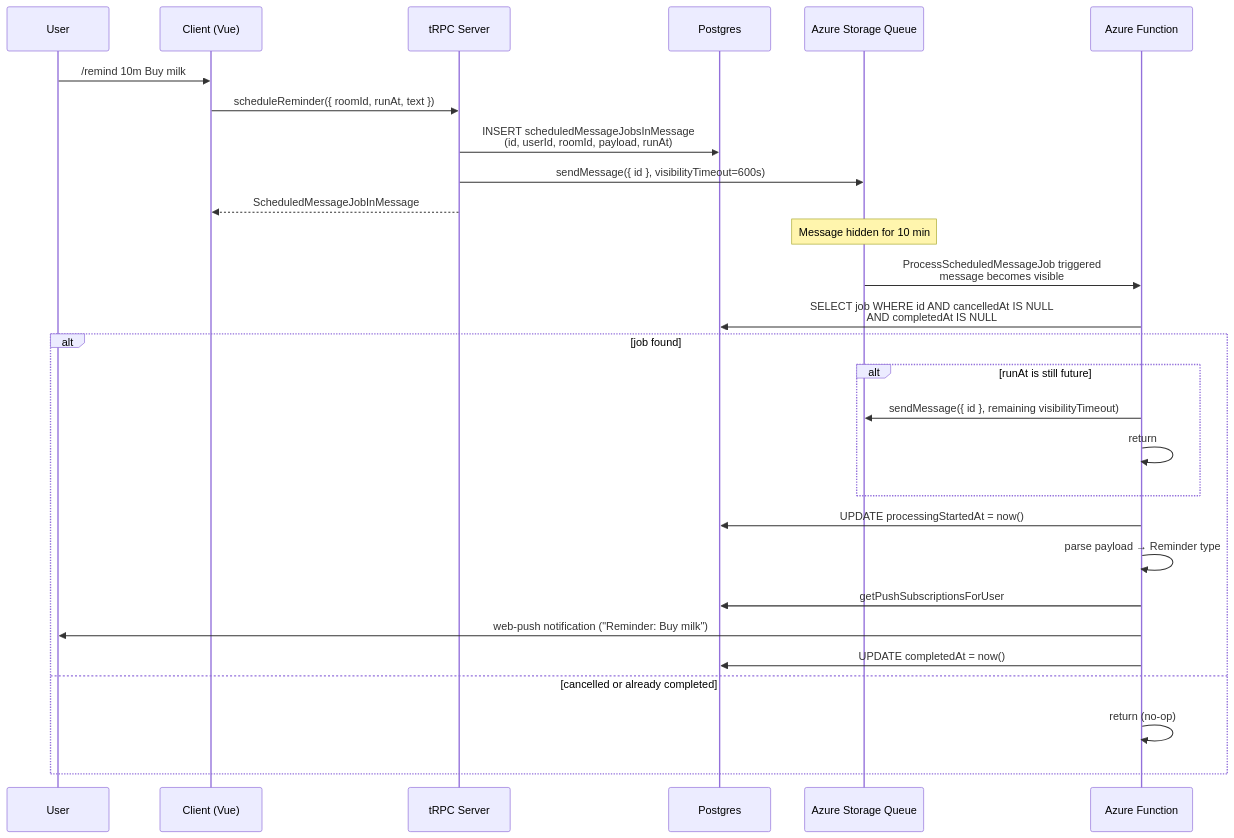
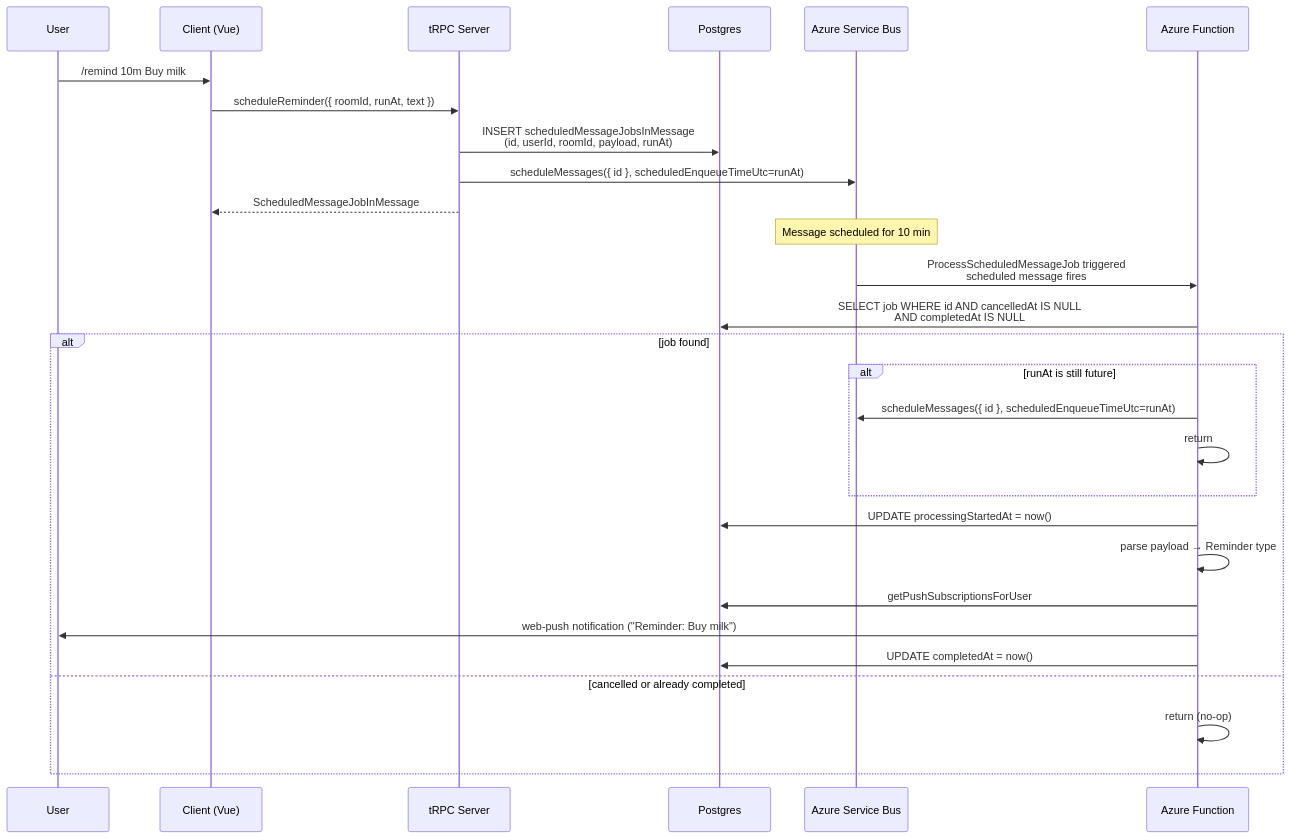
The first of 4 diagrams in features/esbabbler/specs/slash-commands.md (Esposter/Esposter), drawn with Mermaid before and after one commit. The commit also changed other lines of this file and 40 other files, not shown here.

Commit message:
feat: migrate to service bus

````diff
--- a/features/esbabbler/specs/slash-commands.md
+++ b/features/esbabbler/specs/slash-commands.md
@@ -139,33 +139,33 @@
 ```mermaid
 sequenceDiagram
     participant U as User
     participant C as Client (Vue)
     participant T as tRPC Server
     participant DB as Postgres
-    participant Q as Azure Storage Queue
+    participant Q as Azure Service Bus
     participant F as Azure Function
 
     U->>C: /remind 10m Buy milk
     C->>T: scheduleReminder({ roomId, runAt, text })
     T->>DB: INSERT scheduledMessageJobsInMessage<br/>(id, userId, roomId, payload, runAt)
-    T->>Q: sendMessage({ id }, visibilityTimeout=600s)
+    T->>Q: scheduleMessages({ id }, scheduledEnqueueTimeUtc=runAt)
     T-->>C: ScheduledMessageJobInMessage
 
-    note over Q: Message hidden for 10 min
+    note over Q: Message scheduled for 10 min
 
-    Q->>F: ProcessScheduledMessageJob triggered<br/>message becomes visible
+    Q->>F: ProcessScheduledMessageJob triggered<br/>scheduled message fires
     F->>DB: SELECT job WHERE id AND cancelledAt IS NULL<br/>AND completedAt IS NULL
     alt job found
         alt runAt is still future
-            F->>Q: sendMessage({ id }, remaining visibilityTimeout)
+            F->>Q: scheduleMessages({ id }, scheduledEnqueueTimeUtc=runAt)
             F->>F: return
         end
         F->>DB: UPDATE processingStartedAt = now()
         F->>F: parse payload → Reminder type
         F->>DB: getPushSubscriptionsForUser
         F->>U: web-push notification ("Reminder: Buy milk")
         F->>DB: UPDATE completedAt = now()
     else cancelled or already completed
         F->>F: return (no-op)
     end
 ```
````
